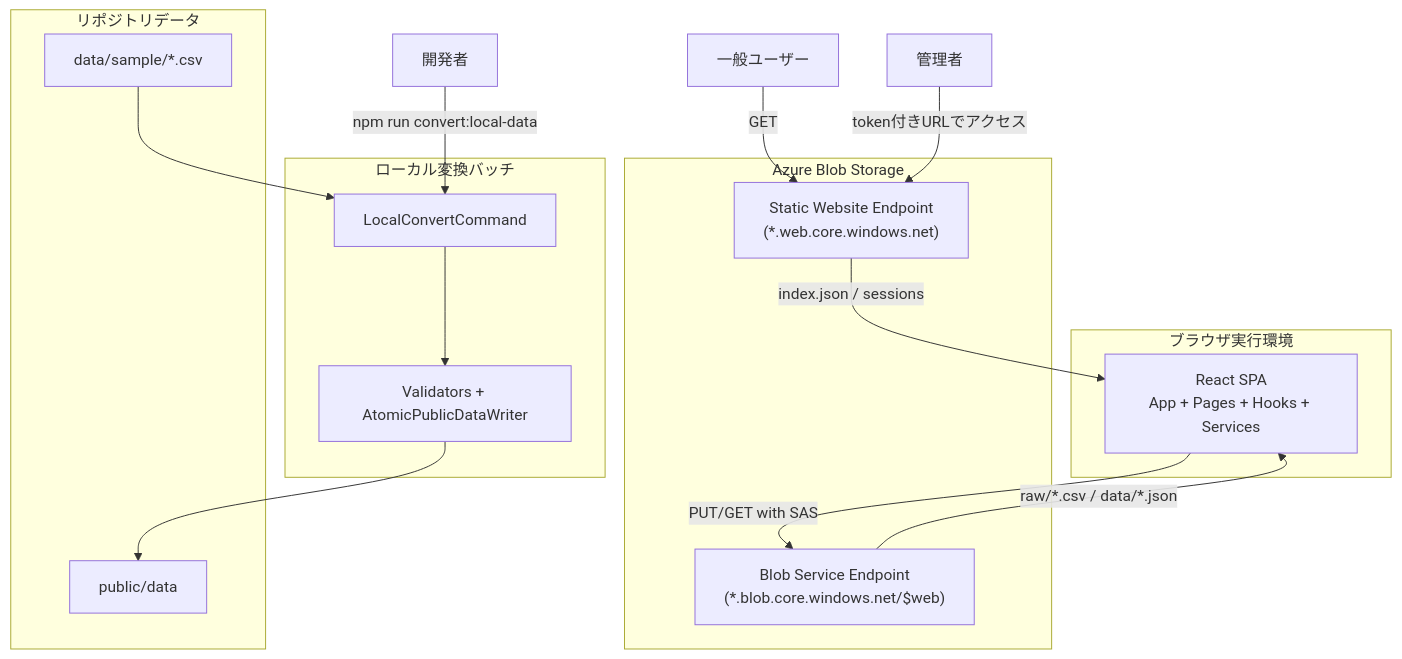
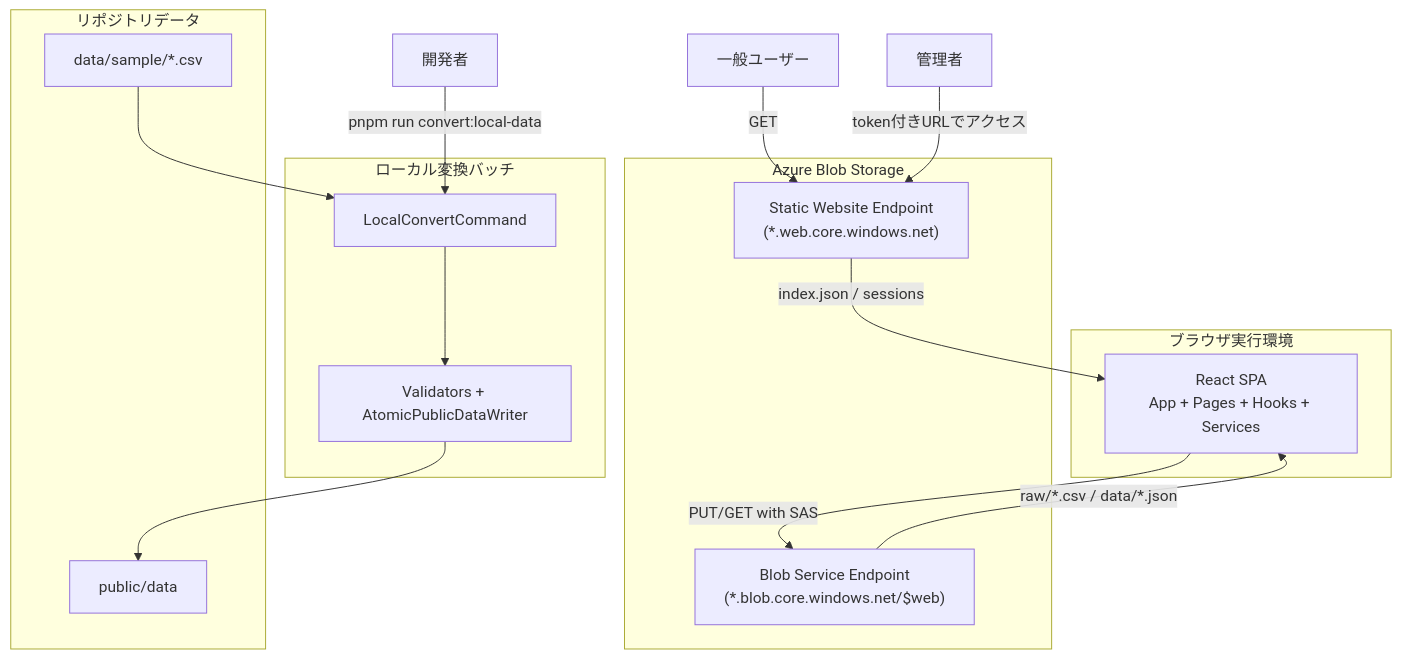
The first of 4 diagrams in docs/architecture.md (nuitsjp/teams-board), drawn with Mermaid before and after one commit. The commit also changed other lines of this file and 11 other files, not shown here.

````diff
--- a/docs/architecture.md
+++ b/docs/architecture.md
@@ -25,36 +25,36 @@
 ```mermaid
 graph TD
     U[一般ユーザー]
     A[管理者]
     D[開発者]
 
     subgraph Browser["ブラウザ実行環境"]
         SPA[React SPA<br/>App + Pages + Hooks + Services]
     end
 
     subgraph Azure["Azure Blob Storage"]
         WEB["Static Website Endpoint<br/>(*.web.core.windows.net)"]
         BLOB["Blob Service Endpoint<br/>(*.blob.core.windows.net/$web)"]
     end
 
     subgraph Local["ローカル変換バッチ"]
         CMD[LocalConvertCommand]
         LB[Validators + AtomicPublicDataWriter]
     end
 
     subgraph Repo["リポジトリデータ"]
         SAMPLE["data/sample/*.csv"]
         PUBLIC["public/data"]
     end
 
     U -->|GET| WEB
     WEB -->|index.json / sessions| SPA
     A -->|token付きURLでアクセス| WEB
     SPA -->|PUT/GET with SAS| BLOB
     BLOB -->|raw/*.csv / data/*.json| SPA
 
-    D -->|npm run convert:local-data| CMD
+    D -->|pnpm run convert:local-data| CMD
     SAMPLE --> CMD
     CMD --> LB
     LB --> PUBLIC
 ```
````
